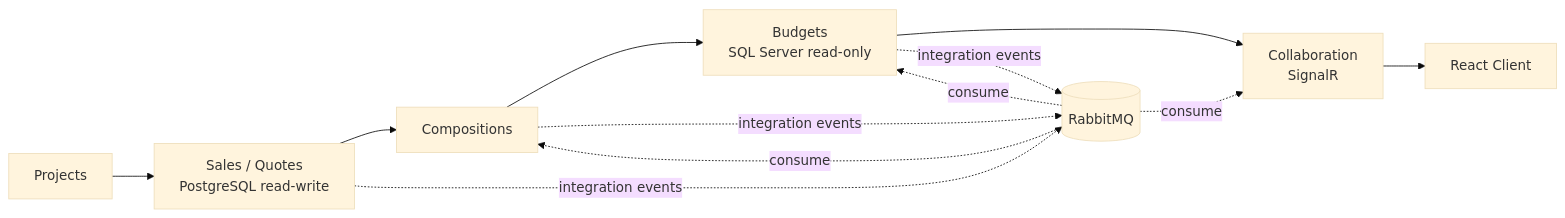
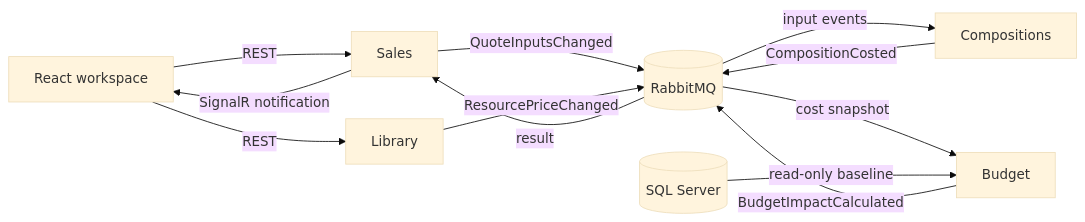
One commit to haoyucheng369-gif/construction-budgeting-platform changed the diagram in README.md. Above: the diagram before and after it, drawn with Mermaid (base theme). The commit also changed other lines of this file and 4 other files, not shown here.

````diff
--- a/README.md
+++ b/README.md
@@ -53,23 +30,14 @@
 ```mermaid
 flowchart LR
-    Projects[Projects]
-    Sales[Sales / Quotes<br/>PostgreSQL read-write]
-    Compositions[Compositions]
-    Budgets[Budgets<br/>SQL Server read-only]
-    Collaboration[Collaboration<br/>SignalR]
-    RabbitMQ[(RabbitMQ)]
-    React[React Client]
-
-    Projects --> Sales
-    Sales --> Compositions
-    Compositions --> Budgets
-    Budgets --> Collaboration
-
-    Sales -. integration events .-> RabbitMQ
-    Compositions -. integration events .-> RabbitMQ
-    Budgets -. integration events .-> RabbitMQ
-    RabbitMQ -. consume .-> Compositions
-    RabbitMQ -. consume .-> Budgets
-    RabbitMQ -. consume .-> Collaboration
-    Collaboration --> React
+    UI[React workspace] -->|REST| Sales[Sales]
+    UI -->|REST| Library[Library]
+    Sales -->|QuoteInputsChanged| MQ[(RabbitMQ)]
+    Library -->|ResourcePriceChanged| MQ
+    MQ -->|input events| Compositions[Compositions]
+    Compositions -->|CompositionCosted| MQ
+    MQ -->|cost snapshot| Budget[Budget]
+    SQL[(SQL Server)] -->|read-only baseline| Budget
+    Budget -->|BudgetImpactCalculated| MQ
+    MQ -->|result| Sales
+    Sales -->|SignalR notification| UI
 ```
````
